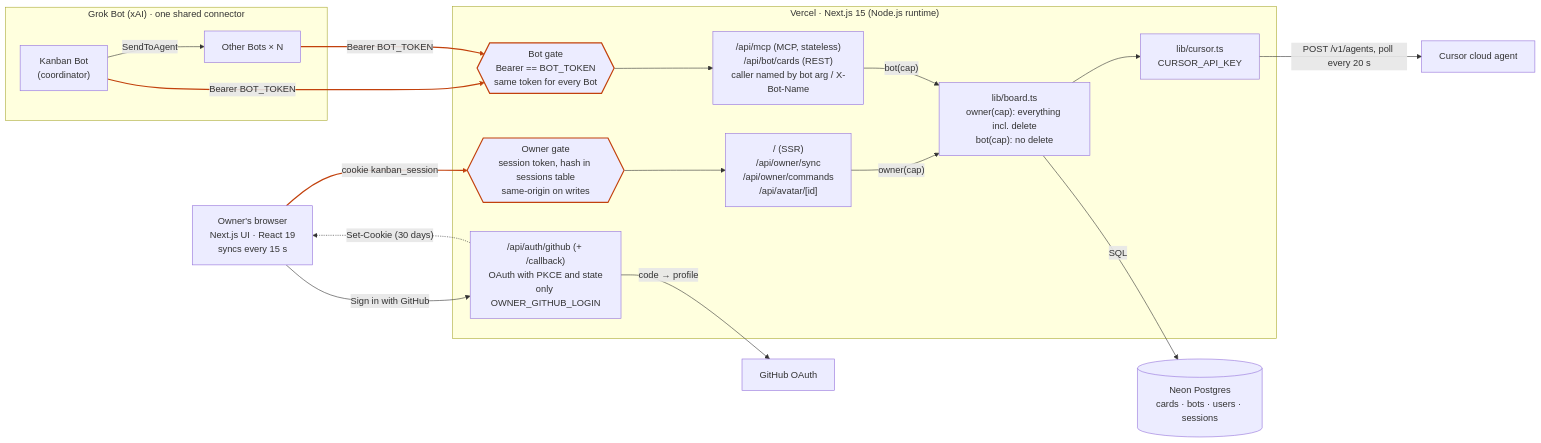
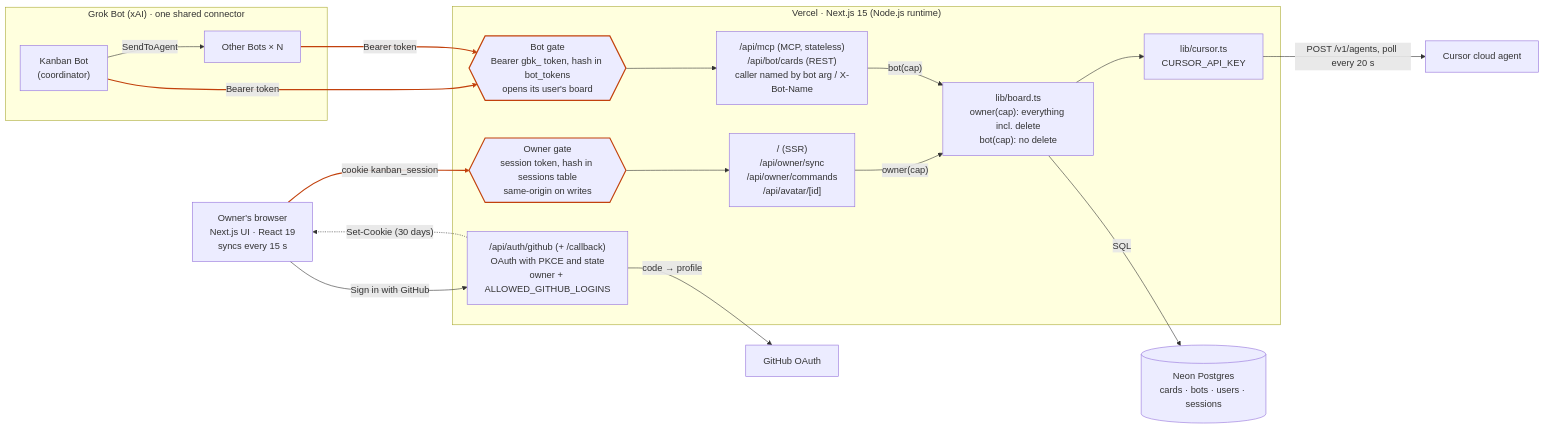
One commit to s-hiraoku/grokbot-kanban changed the first of 2 diagrams in docs/architecture.md. Above: the diagram before and after it, drawn with Mermaid. The commit also changed other lines of this file and 36 other files, not shown here.

First line of the commit message:
Give each user a board of their own, with connector tokens per user (#24)

````diff
--- a/docs/architecture.md
+++ b/docs/architecture.md
@@ -7,38 +7,38 @@
 ```mermaid
 flowchart LR
     browser["Owner's browser<br/>Next.js UI · React 19<br/>syncs every 15 s"]
     subgraph grok["Grok Bot (xAI) · one shared connector"]
         kanbanBot["Kanban Bot<br/>(coordinator)"]
         otherBots["Other Bots × N"]
         kanbanBot -- SendToAgent --> otherBots
     end
 
     subgraph vercel["Vercel · Next.js 15 (Node.js runtime)"]
-        login["/api/auth/github (+ /callback)<br/>OAuth with PKCE and state<br/>only OWNER_GITHUB_LOGIN"]
+        login["/api/auth/github (+ /callback)<br/>OAuth with PKCE and state<br/>owner + ALLOWED_GITHUB_LOGINS"]
         ownerGate{{"Owner gate<br/>session token, hash in sessions table<br/>same-origin on writes"}}
         ownerRoutes["/ (SSR)<br/>/api/owner/sync<br/>/api/owner/commands<br/>/api/avatar/[id]"]
-        botGate{{"Bot gate<br/>Bearer == BOT_TOKEN<br/>same token for every Bot"}}
+        botGate{{"Bot gate<br/>Bearer gbk_ token, hash in bot_tokens<br/>opens its user's board"}}
         botRoutes["/api/mcp (MCP, stateless)<br/>/api/bot/cards (REST)<br/>caller named by bot arg / X-Bot-Name"]
         board["lib/board.ts<br/>owner(cap): everything incl. delete<br/>bot(cap): no delete"]
         cursorClient["lib/cursor.ts<br/>CURSOR_API_KEY"]
     end
 
     neon[("Neon Postgres<br/>cards · bots · users · sessions")]
     github["GitHub OAuth"]
     cursorAgent["Cursor cloud agent"]
 
     browser -- "Sign in with GitHub" --> login
     login -. "Set-Cookie (30 days)" .-> browser
     browser == "cookie kanban_session" ==> ownerGate
     ownerGate --> ownerRoutes -- "owner(cap)" --> board
-    kanbanBot == "Bearer BOT_TOKEN" ==> botGate
-    otherBots == "Bearer BOT_TOKEN" ==> botGate
+    kanbanBot == "Bearer token" ==> botGate
+    otherBots == "Bearer token" ==> botGate
     botGate --> botRoutes -- "bot(cap)" --> board
     board -- SQL --> neon
     board --> cursorClient -- "POST /v1/agents, poll every 20 s" --> cursorAgent
     login -- "code → profile" --> github
 
     classDef gate stroke:#c2410c,stroke-width:2px
     class ownerGate,botGate gate
     linkStyle 3,6,7 stroke:#c2410c,stroke-width:2px
 ```
````
